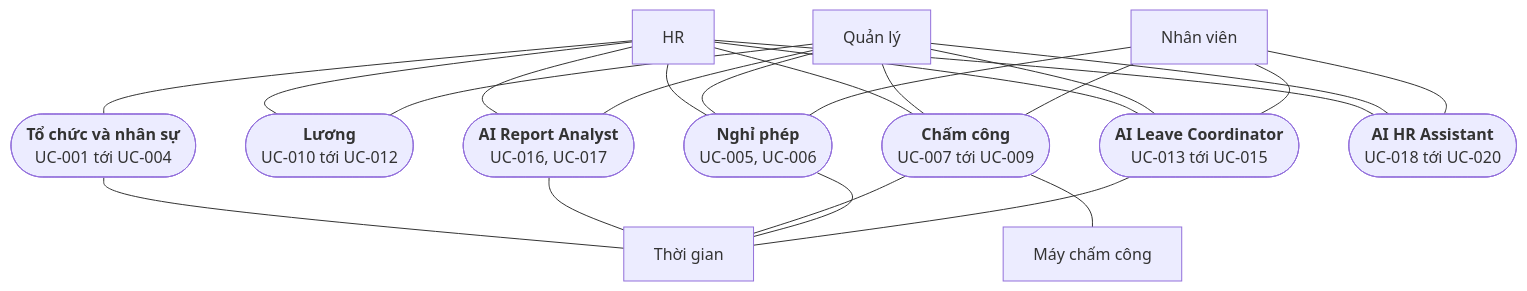
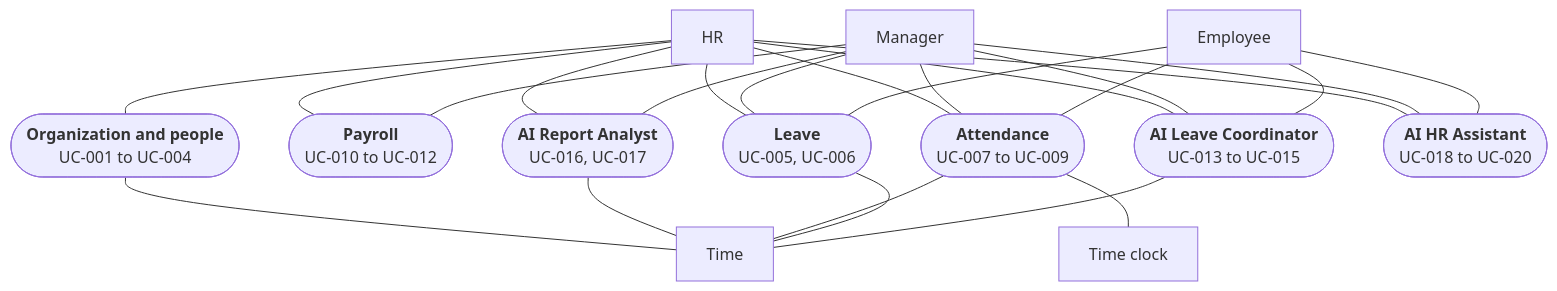
Before and after one commit to pbaodev/hr-manager: the first of 2 diagrams in README.md, drawn with Mermaid. The commit also changed other lines of this file and 1 other file, not shown here.

````diff
--- a/README.md
+++ b/README.md
@@ -111,38 +121,38 @@
 ```mermaid
 flowchart TB
   HR["HR"]
-  QL["Quản lý"]
-  NV["Nhân viên"]
-  G1(["<b>Tổ chức và nhân sự</b><br/>UC-001 tới UC-004"])
-  G4(["<b>Lương</b><br/>UC-010 tới UC-012"])
+  QL["Manager"]
+  NV["Employee"]
+  G1(["<b>Organization and people</b><br/>UC-001 to UC-004"])
+  G4(["<b>Payroll</b><br/>UC-010 to UC-012"])
   G6(["<b>AI Report Analyst</b><br/>UC-016, UC-017"])
-  G3(["<b>Chấm công</b><br/>UC-007 tới UC-009"])
-  G2(["<b>Nghỉ phép</b><br/>UC-005, UC-006"])
-  G5(["<b>AI Leave Coordinator</b><br/>UC-013 tới UC-015"])
-  G7(["<b>AI HR Assistant</b><br/>UC-018 tới UC-020"])
-  TG["Thời gian"]
-  MCC["Máy chấm công"]
+  G3(["<b>Attendance</b><br/>UC-007 to UC-009"])
+  G2(["<b>Leave</b><br/>UC-005, UC-006"])
+  G5(["<b>AI Leave Coordinator</b><br/>UC-013 to UC-015"])
+  G7(["<b>AI HR Assistant</b><br/>UC-018 to UC-020"])
+  TG["Time"]
+  MCC["Time clock"]
   HR --- G1
   HR --- G4
   HR --- G6
   HR --- G3
   HR --- G2
   HR --- G5
   HR --- G7
   QL --- G4
   QL --- G6
   QL --- G3
   QL --- G2
   QL --- G5
   QL --- G7
   NV --- G3
   NV --- G2
   NV --- G5
   NV --- G7
   G1 --- TG
   G6 --- TG
   G3 --- TG
   G2 --- TG
   G5 --- TG
   G3 --- MCC
 ```
````
